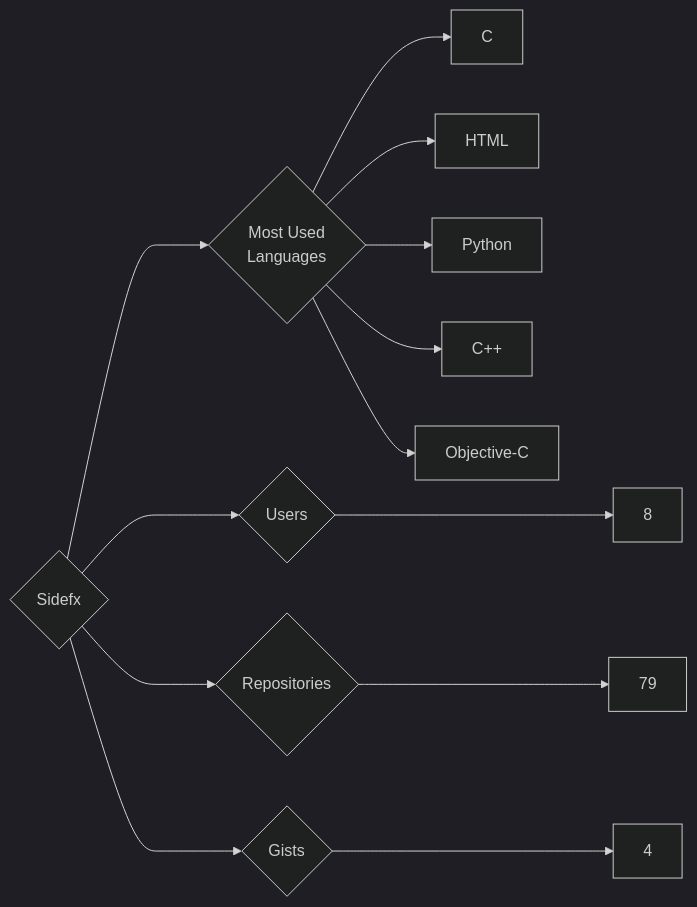
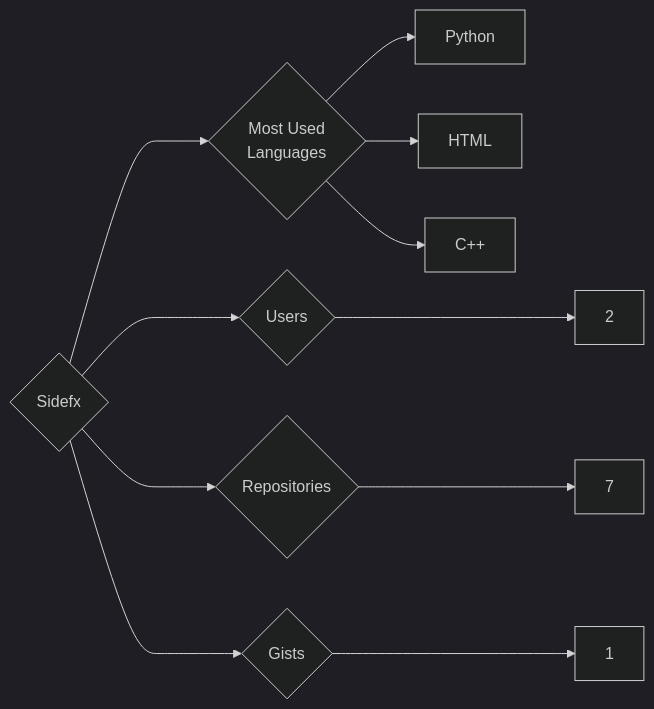
One commit to trickest/insiders changed the diagram in targets/Sidefx/README.md. Above: the diagram before and after it, drawn with Mermaid (dark theme). The commit also changed 582 other files, not shown here.

````diff
--- a/targets/Sidefx/README.md
+++ b/targets/Sidefx/README.md
@@ -3,13 +3,11 @@
 ```mermaid
 graph LR
 COMPANY_NAME{Sidefx}
-COMPANY_NAME ---> U{Users} ---> UN[8]
-COMPANY_NAME ---> R{Repositories} ---> RN[79]
-COMPANY_NAME ---> G{Gists} ---> GN[4]
+COMPANY_NAME ---> U{Users} ---> UN[2]
+COMPANY_NAME ---> R{Repositories} ---> RN[7]
+COMPANY_NAME ---> G{Gists} ---> GN[1]
 COMPANY_NAME ---> ML{Most Used<br>Languages}
-ML --> C[C]
+ML --> Python[Python]
 ML --> HTML[HTML]
-ML --> Python[Python]
 ML --> C++[C++]
-ML --> Objective-C[Objective-C]
 ```
````
